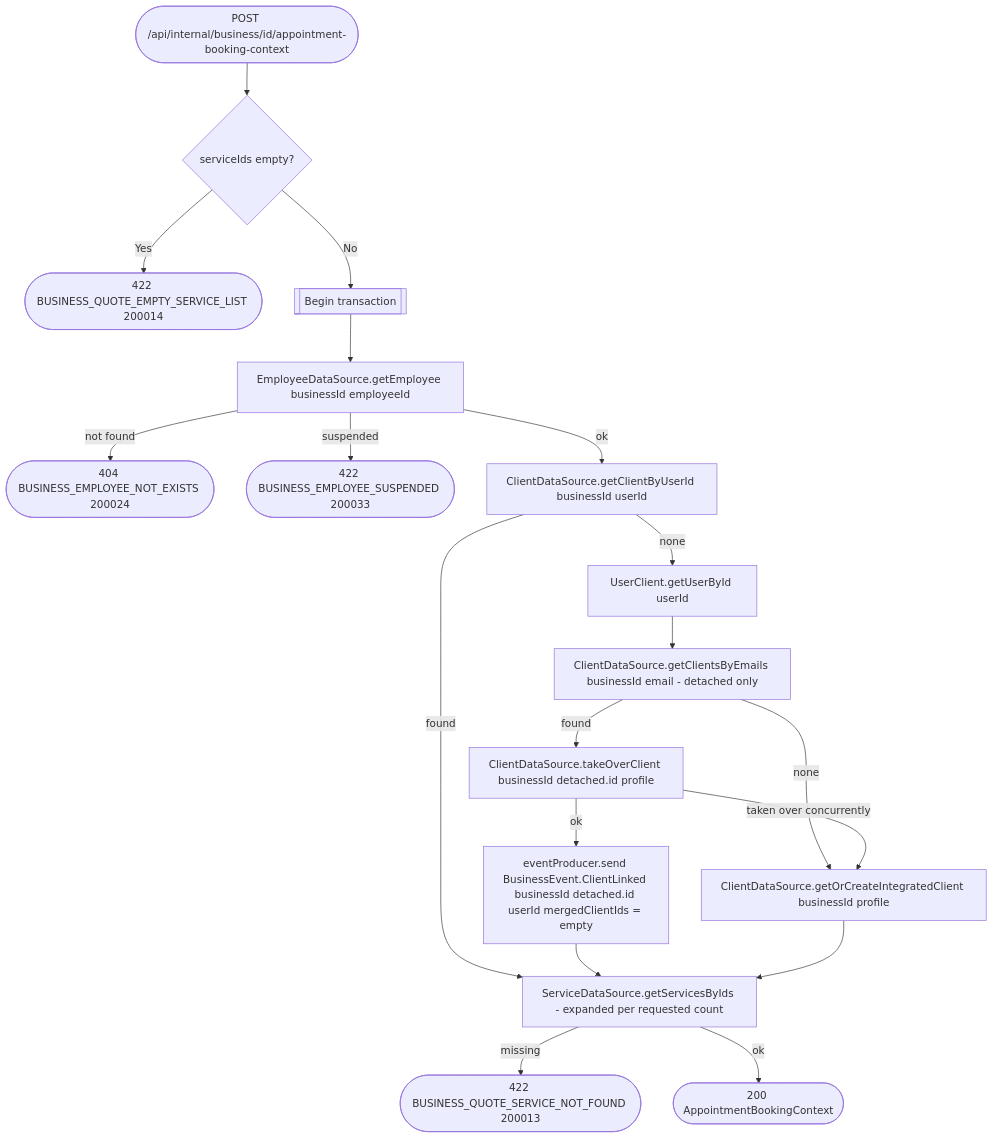
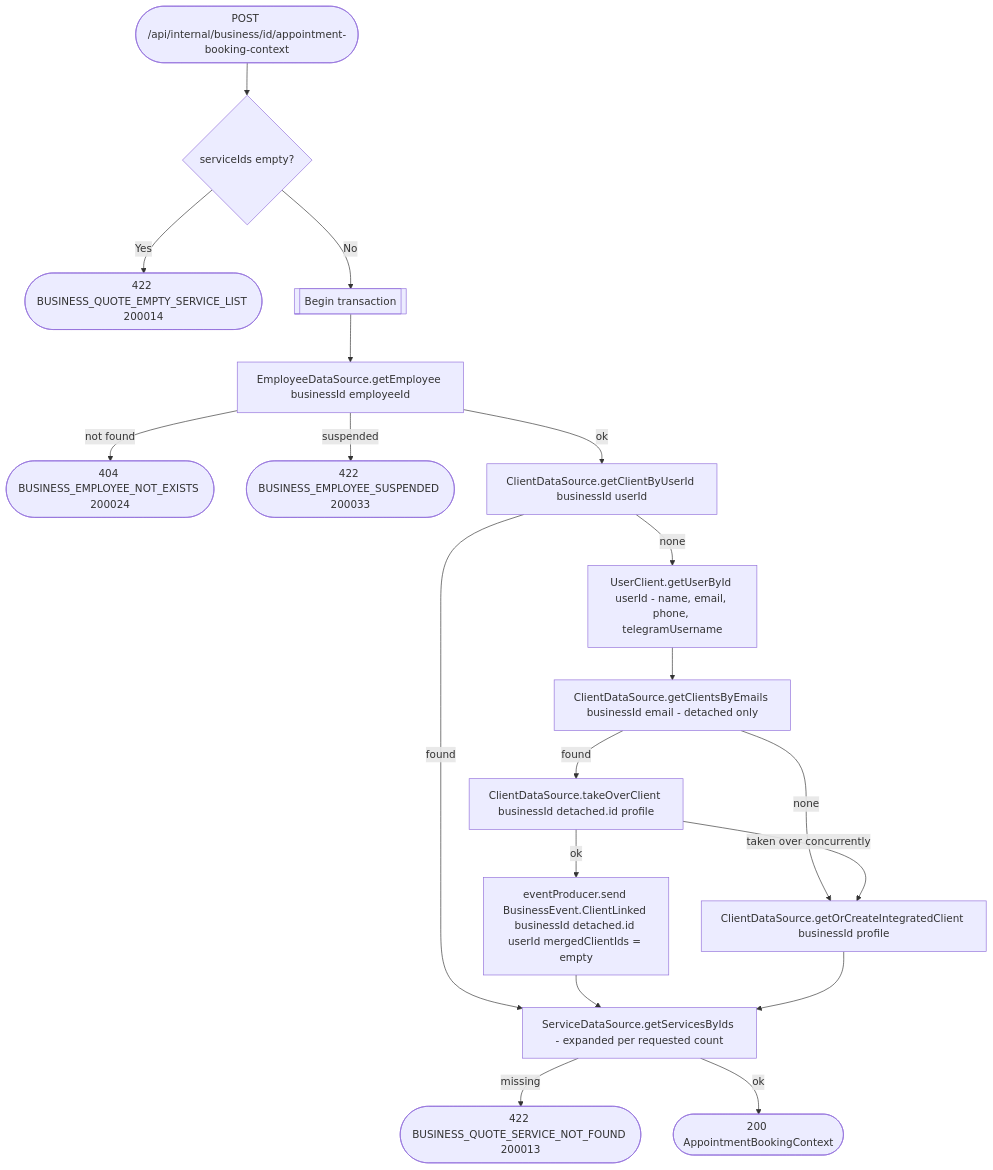
Before and after one commit to nocturneproperties/bookkme: the diagram in docs/operations/business/get-appointment-booking-context.md, drawn with Mermaid. The commit also changed 82 other files, not shown here.

Commit message:
[ISSUE-206] allow telegram username change

````diff
--- a/docs/operations/business/get-appointment-booking-context.md
+++ b/docs/operations/business/get-appointment-booking-context.md
@@ -27,21 +27,21 @@
 ```mermaid
 flowchart TD
     Start([POST /api/internal/business/id/appointment-booking-context]) --> Empty{serviceIds empty?}
     Empty -- Yes --> R422e([422 BUSINESS_QUOTE_EMPTY_SERVICE_LIST 200014])
     Empty -- No --> Tx[[Begin transaction]]
     Tx --> Emp[EmployeeDataSource.getEmployee businessId employeeId]
     Emp -- not found --> R404([404 BUSINESS_EMPLOYEE_NOT_EXISTS 200024])
     Emp -- suspended --> R422s([422 BUSINESS_EMPLOYEE_SUSPENDED 200033])
     Emp -- ok --> Own[ClientDataSource.getClientByUserId businessId userId]
     Own -- found --> Services
-    Own -- none --> Profile[UserClient.getUserById userId]
+    Own -- none --> Profile[UserClient.getUserById userId - name, email, phone, telegramUsername]
     Profile --> Match[ClientDataSource.getClientsByEmails businessId email - detached only]
     Match -- none --> Create[ClientDataSource.getOrCreateIntegratedClient businessId profile]
     Match -- found --> TakeOver[ClientDataSource.takeOverClient businessId detached.id profile]
     TakeOver -- ok --> Linked["eventProducer.send BusinessEvent.ClientLinked businessId detached.id userId mergedClientIds = empty"]
     TakeOver -- taken over concurrently --> Create
     Linked --> Services
     Create --> Services[ServiceDataSource.getServicesByIds - expanded per requested count]
     Services -- missing --> R422n([422 BUSINESS_QUOTE_SERVICE_NOT_FOUND 200013])
     Services -- ok --> R200([200 AppointmentBookingContext])
 ```
````
